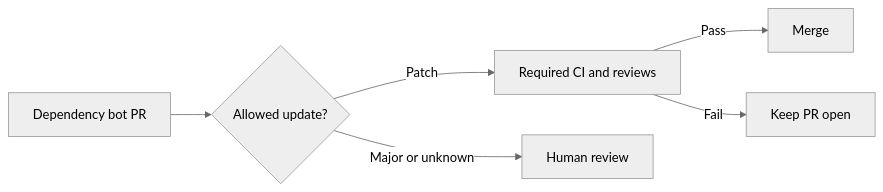
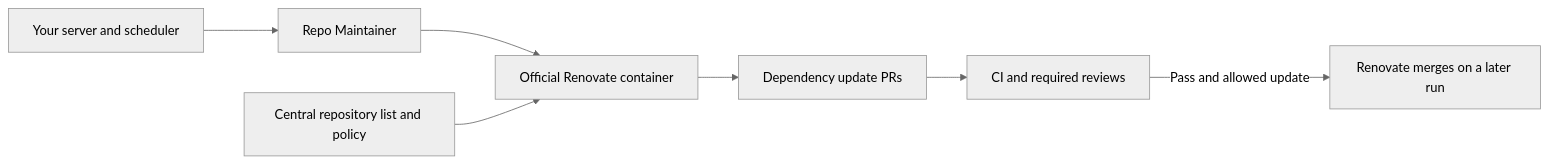
Before and after one commit to djsydney04/repo_maintainer: the diagram in docs/dependency-updates.md, drawn with Mermaid (neutral theme). The commit also changed other lines of this file and 23 other files, not shown here.

Commit message:
feat: run self-hosted Renovate for dependency updates and merges

````diff
--- a/docs/dependency-updates.md
+++ b/docs/dependency-updates.md
@@ -16,8 +11,9 @@
 ```mermaid
 flowchart LR
-    Bot[Dependency bot PR] --> Policy{Allowed update?}
-    Policy -->|Patch| Checks[Required CI and reviews]
-    Policy -->|Major or unknown| Review[Human review]
-    Checks -->|Pass| Merge[Merge]
-    Checks -->|Fail| Wait[Keep PR open]
+    Server[Your server and scheduler] --> Maintainer[Repo Maintainer]
+    Maintainer --> Renovate[Official Renovate container]
+    Config[Central repository list and policy] --> Renovate
+    Renovate --> PR[Dependency update PRs]
+    PR --> Checks[CI and required reviews]
+    Checks -->|Pass and allowed update| Merge[Renovate merges on a later run]
 ```
````
